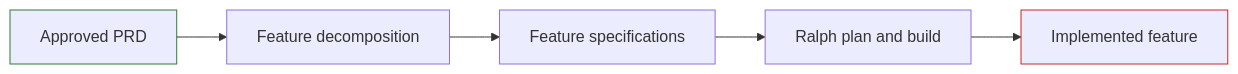
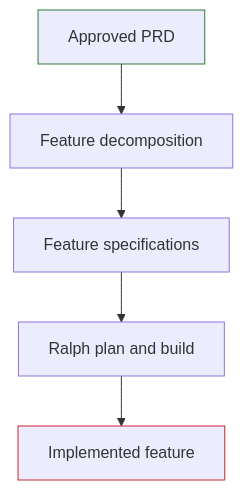
One commit to DEFRA/lap-blueprint-dev changed the diagram in src/pages/modernisation-playbook/generic-guidance/re-engineering/tooling.md. Above: the diagram before and after it, drawn with Mermaid. The commit also changed other lines of this file and 35 other files, not shown here.

````diff
--- a/src/pages/modernisation-playbook/generic-guidance/re-engineering/tooling.md
+++ b/src/pages/modernisation-playbook/generic-guidance/re-engineering/tooling.md
@@ -12,18 +12,18 @@
 ```mermaid
-flowchart LR
+flowchart TD
 	PRD["Approved PRD"]
 	Decomposition["Feature decomposition"]
 	Specifications["Feature specifications"]
 	Ralph["Ralph plan and build"]
 	Feature["Implemented feature"]
 
 	PRD --> Decomposition
 	Decomposition --> Specifications
 	Specifications --> Ralph
 	Ralph --> Feature
 
 	classDef startPoint stroke:#2e7d32
 	classDef termination stroke:#c62828
 	class PRD startPoint
 	class Feature termination
 ```
````
